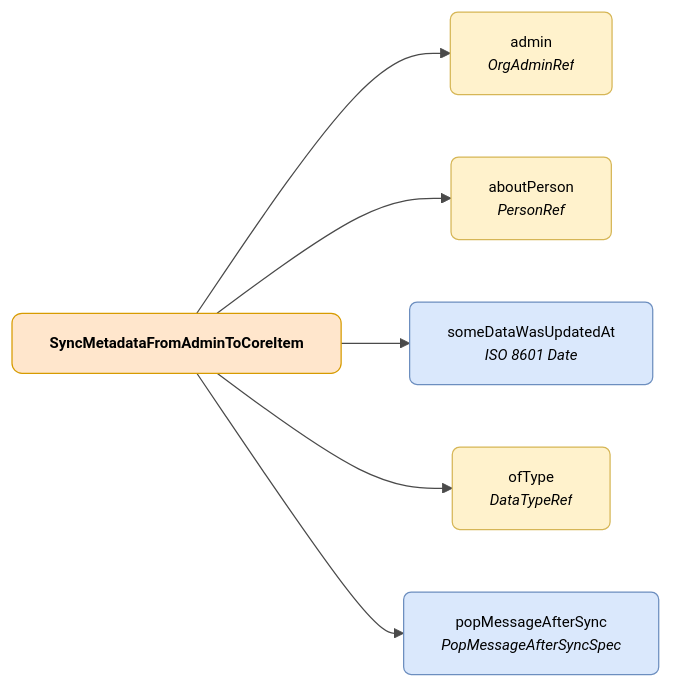
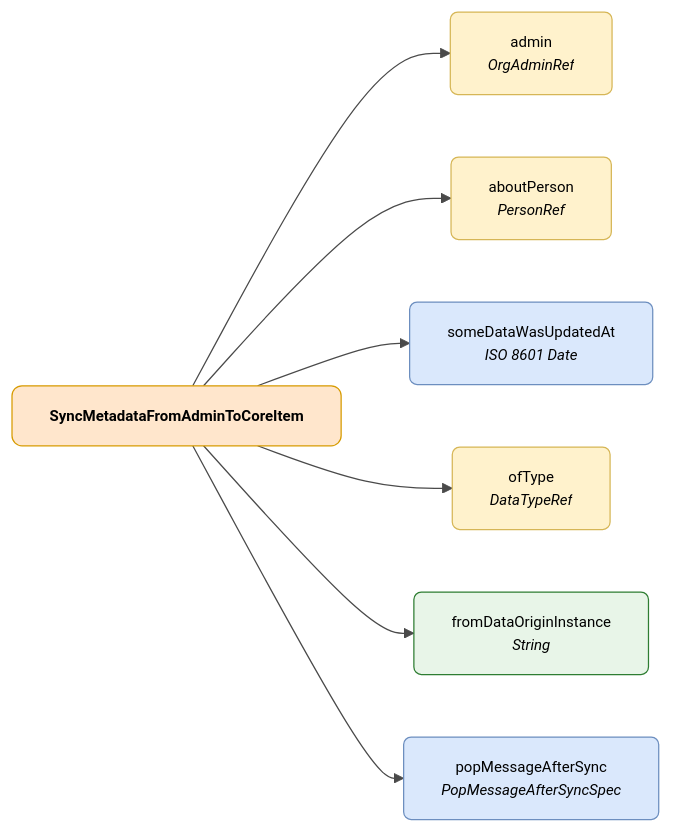
Before and after one commit to DENA-Euskadi/dena-euskadi.github.io: the diagram in docs/semantica/metadata-sync/modelo/sync-metadata-from-admin-to-core-item.eu.md, drawn with Mermaid. The commit also changed other lines of this file and 43 other files, not shown here.

````diff
--- a/docs/semantica/metadata-sync/modelo/sync-metadata-from-admin-to-core-item.eu.md
+++ b/docs/semantica/metadata-sync/modelo/sync-metadata-from-admin-to-core-item.eu.md
@@ -7,32 +7,34 @@
 ```mermaid
 ---
 config:
   theme: base
   themeVariables:
     primaryColor: "#FFFFFF"
     primaryTextColor: "#000000"
     primaryBorderColor: "#CCCCCC"
     lineColor: "#4A4A4A"
     fontSize: "12px"
 ---
 flowchart LR
     SYNC["<b>SyncMetadataFromAdminToCoreItem</b>"]
 
     SYNC --> ADMIN["admin<br/><i>OrgAdminRef</i>"]
     SYNC --> PERSON["aboutPerson<br/><i>PersonRef</i>"]
     SYNC --> DATE["someDataWasUpdatedAt<br/><i>ISO 8601 Date</i>"]
     SYNC --> TYPE["ofType<br/><i>DataTypeRef</i>"]
+    SYNC --> ORIGIN["fromDataOriginInstance<br/><i>String</i>"]
     SYNC --> MESSAGE["popMessageAfterSync<br/><i>PopMessageAfterSyncSpec</i>"]
 
     style SYNC fill:#ffe6cc,stroke:#d79b00,color:#000000,rx:8,ry:8
     style ADMIN fill:#fff2cc,stroke:#d6b656,color:#000000,rx:6,ry:6
     style PERSON fill:#fff2cc,stroke:#d6b656,color:#000000,rx:6,ry:6
     style DATE fill:#dae8fc,stroke:#6c8ebf,color:#000000,rx:6,ry:6
     style TYPE fill:#fff2cc,stroke:#d6b656,color:#000000,rx:6,ry:6
     style MESSAGE fill:#dae8fc,stroke:#6c8ebf,color:#000000,rx:6,ry:6
+    style ORIGIN fill:#e8f5e8,stroke:#2e7d32,color:#000000,rx:6,ry:6
 
-    click ADMIN "../../semantica-base/modelo/org-admin-ref/" "Ikusi OrgAdminRef"
-    click PERSON "../../semantica-base/modelo/person-ref/" "Ikusi PersonRef"
-    click TYPE "../../semantica-base/modelo/data-type-ref/" "Ikusi DataTypeRef"
-    click MESSAGE "../modelo/pop-message-after-sync-spec/" "Ikusi PopMessageAfterSyncSpec"
+    click ADMIN "../../../semantica-base/modelo/org-admin-ref/" "Ikusi OrgAdminRef"
+    click PERSON "../../../semantica-base/modelo/person-ref/" "Ikusi PersonRef"
+    click TYPE "../../../semantica-base/modelo/data-type-ref/" "Ikusi DataTypeRef"
+    click MESSAGE "../pop-message-after-sync-spec/" "Ikusi PopMessageAfterSyncSpec"
 ```
````
